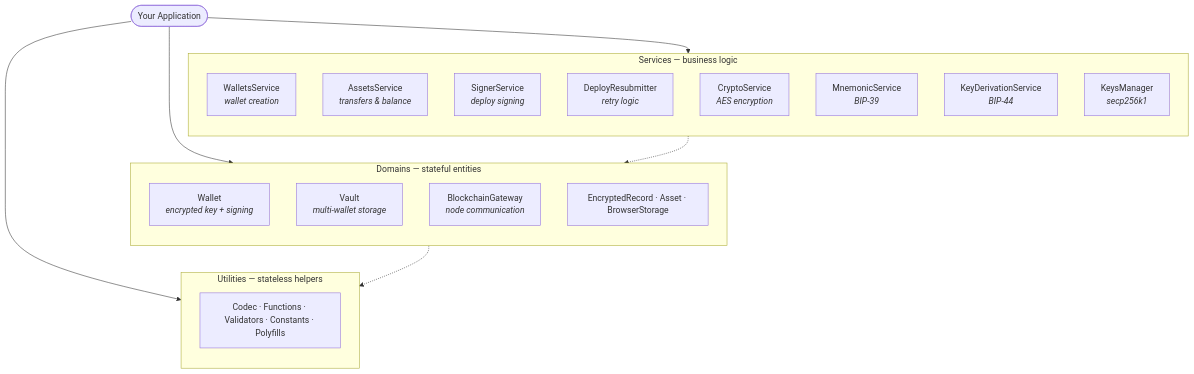
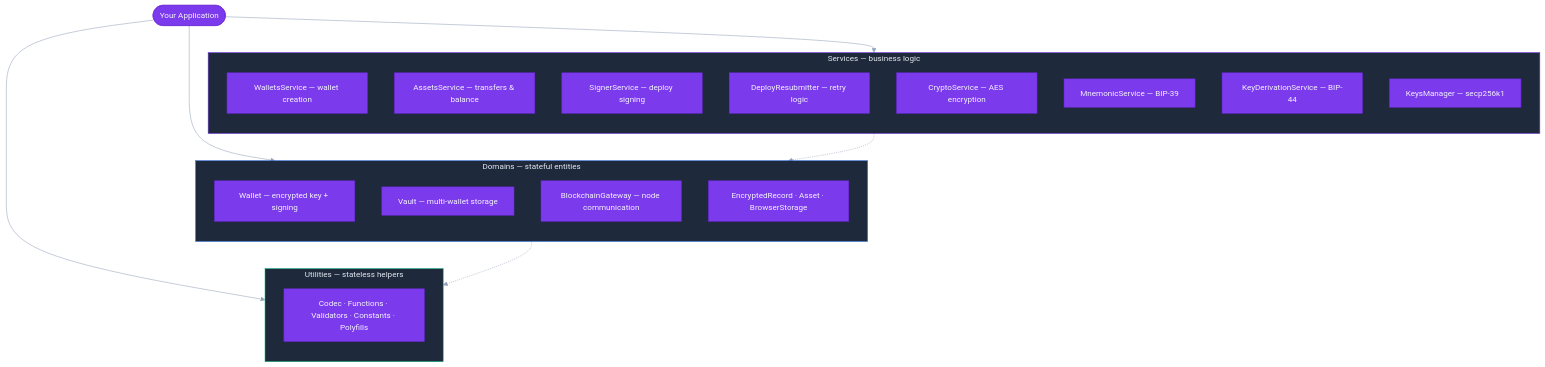
Before and after one commit to asi-alliance/asi-chain-docs-portal: the second of 2 diagrams in wallet-sdk/overview/index.md, drawn with Mermaid. The commit also changed other lines of this file, not shown here.

Commit message:
[AS-571] Finalize Module Architecture diagrams — mindmap + layered view

````diff
--- a/wallet-sdk/overview/index.md
+++ b/wallet-sdk/overview/index.md
@@ -203,33 +117,39 @@
 ```mermaid
+%%{init: {'theme': 'base', 'themeVariables': {'primaryColor': '#7c3aed', 'primaryTextColor': '#f5f3ff', 'primaryBorderColor': '#6d28d9', 'lineColor': '#94a3b8', 'fontSize': '15px', 'fontFamily': 'Roboto Mono, monospace'}}}%%
 flowchart TB
     A(["Your Application"])
 
     A --> S & D & U
 
     subgraph S["Services — business logic"]
         direction TB
-        s1["WalletsService<br/><i>wallet creation</i>"]
-        s2["AssetsService<br/><i>transfers &amp; balance</i>"]
-        s3["SignerService<br/><i>deploy signing</i>"]
-        s4["DeployResubmitter<br/><i>retry logic</i>"]
-        s5["CryptoService<br/><i>AES encryption</i>"]
-        s6["MnemonicService<br/><i>BIP-39</i>"]
-        s7["KeyDerivationService<br/><i>BIP-44</i>"]
-        s8["KeysManager<br/><i>secp256k1</i>"]
+        s1["WalletsService — wallet creation"]
+        s2["AssetsService — transfers & balance"]
+        s3["SignerService — deploy signing"]
+        s4["DeployResubmitter — retry logic"]
+        s5["CryptoService — AES encryption"]
+        s6["MnemonicService — BIP-39"]
+        s7["KeyDerivationService — BIP-44"]
+        s8["KeysManager — secp256k1"]
     end
 
     subgraph D["Domains — stateful entities"]
         direction TB
-        d1["Wallet<br/><i>encrypted key + signing</i>"]
-        d2["Vault<br/><i>multi-wallet storage</i>"]
-        d3["BlockchainGateway<br/><i>node communication</i>"]
+        d1["Wallet — encrypted key + signing"]
+        d2["Vault — multi-wallet storage"]
+        d3["BlockchainGateway — node communication"]
         d4["EncryptedRecord · Asset · BrowserStorage"]
     end
 
     subgraph U["Utilities — stateless helpers"]
         direction TB
         u1["Codec · Functions · Validators · Constants · Polyfills"]
     end
 
     S -.-> D -.-> U
+
+    style A fill:#7c3aed,stroke:#6d28d9,color:#f5f3ff
+    style S fill:#1e293b,stroke:#7c3aed,color:#e2e8f0
+    style D fill:#1e293b,stroke:#3b82f6,color:#e2e8f0
+    style U fill:#1e293b,stroke:#10b981,color:#e2e8f0
 ```
````
